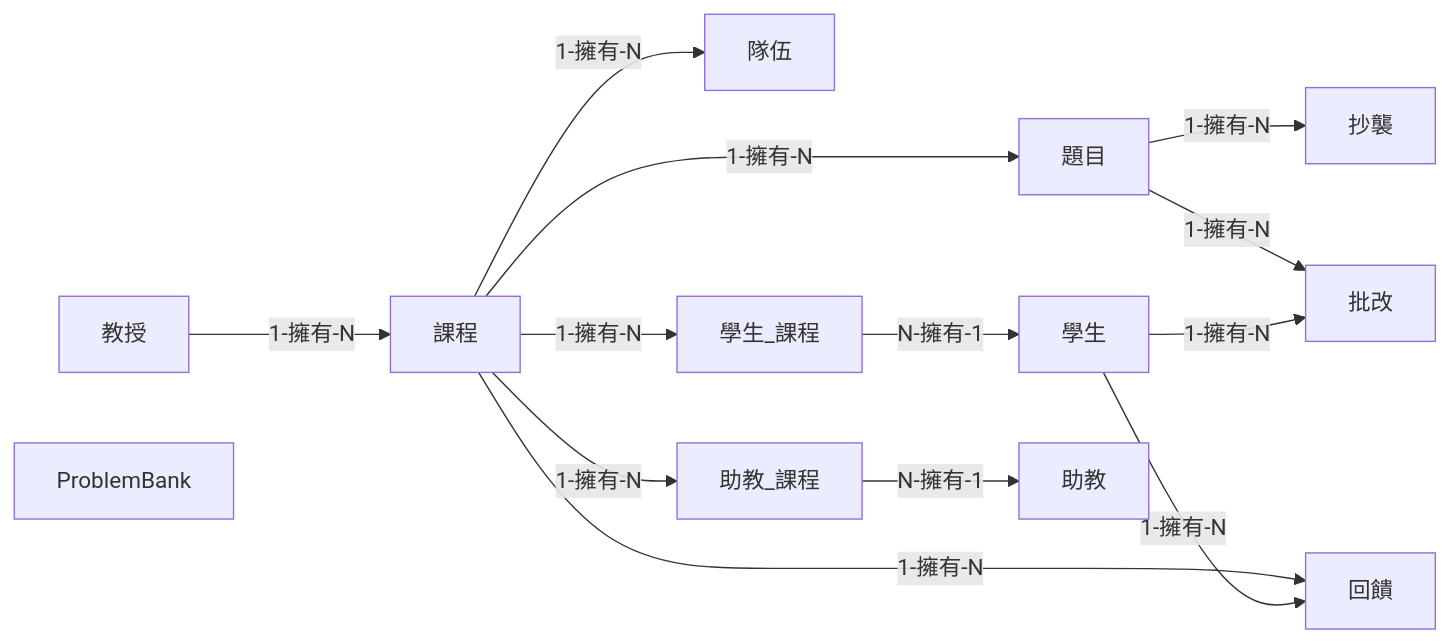
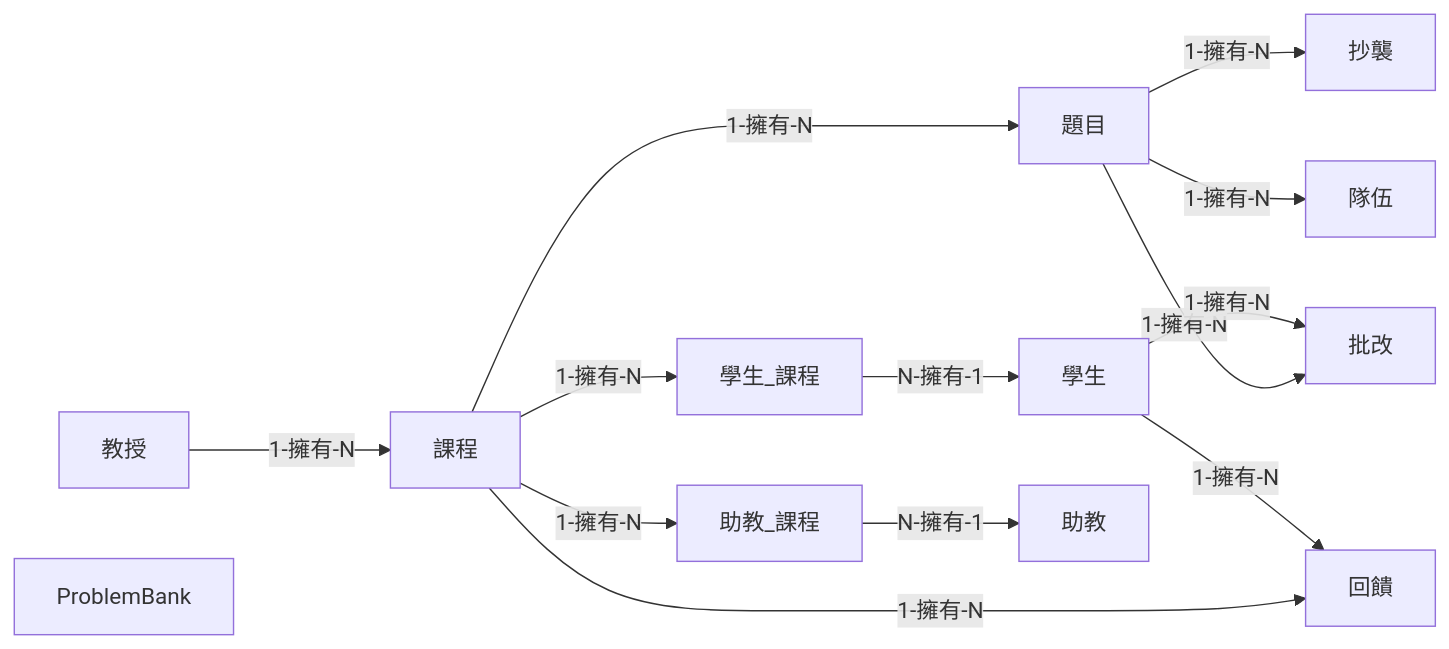
One commit to CSIM-OJ/CSIM-OJ-DOCUMENT changed the diagram in CSIM OJ.md. Above: the diagram before and after it, drawn with Mermaid. The commit also changed other lines of this file, not shown here.

Commit message:
update team table and api

`````diff
--- a/CSIM OJ.md
+++ b/CSIM OJ.md
@@ -5,16 +5,16 @@
 ````mermaid
 graph LR
 Teacher[教授] -- 1-擁有-N --> Course;
 Course -- 1-擁有-N --> Problem[題目];
 Problem -- 1-擁有-N --> Copy[抄襲];
 Problem -- 1-擁有-N --> Judge;
-Course -- 1-擁有-N --> Feedback
-Course -- 1-擁有-N --> Team[隊伍]
+Problem -- 1-擁有-N --> Team[隊伍];
+Course -- 1-擁有-N --> Feedback;
 Course[課程] -- 1-擁有-N --> Student_Course[學生_課程];
-Student_Course -- N-擁有-1 --> Student[學生]
+Student_Course -- N-擁有-1 --> Student[學生];
 Student -- 1-擁有-N --> Feedback[回饋];
 Student -- 1-擁有-N --> Judge[批改];
 Course -- 1-擁有-N --> Assistant_Course[助教_課程];
-Assistant_Course -- N-擁有-1 --> Assistant[助教]
+Assistant_Course -- N-擁有-1 --> Assistant[助教];
 ProblemBank
 ````
`````
